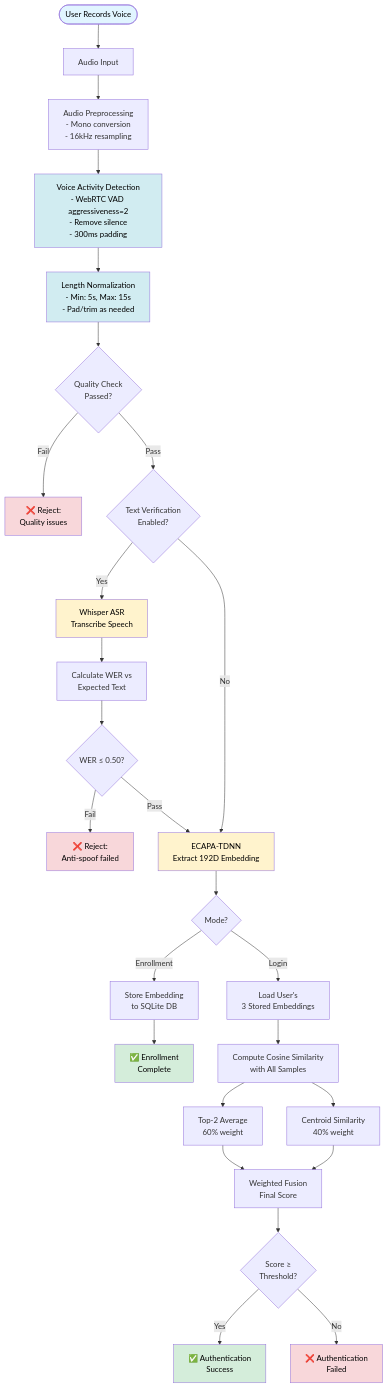
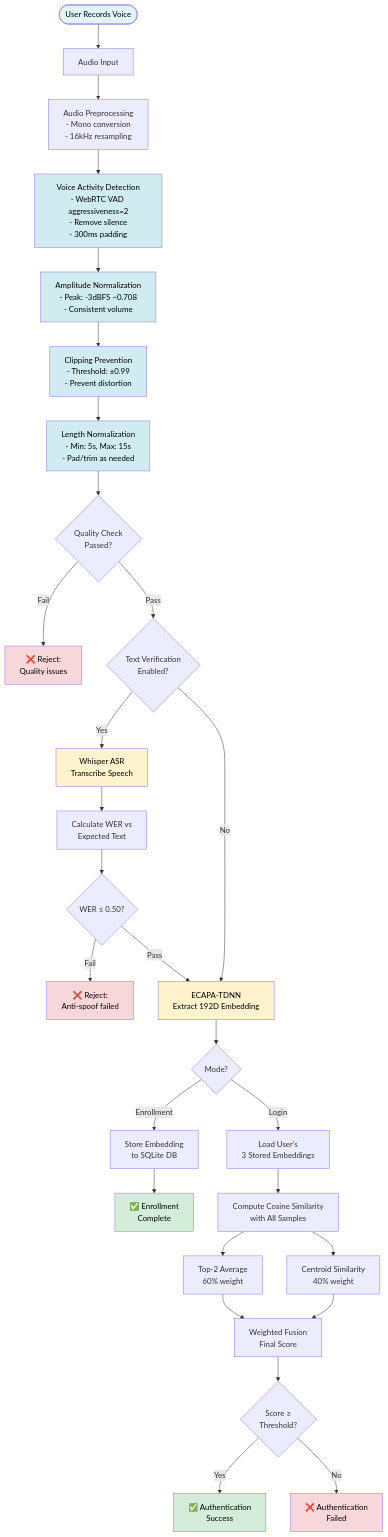
Before and after one commit to phatpham9/Voice-Login-ECAPA-TDNN: the diagram in README.md, drawn with Mermaid. The commit also changed other lines of this file and 2 other files, not shown here.

Commit message:
feat: enhance audio preprocessing with amplitude normalization and clipping prevention

````diff
--- a/README.md
+++ b/README.md
@@ -303,44 +321,48 @@
 ```mermaid
 flowchart TB
     Start([User Records Voice]) --> AudioInput[Audio Input]
     AudioInput --> Preprocessing[Audio Preprocessing<br/>- Mono conversion<br/>- 16kHz resampling]
     Preprocessing --> VAD[Voice Activity Detection<br/>- WebRTC VAD aggressiveness=2<br/>- Remove silence<br/>- 300ms padding]
-    VAD --> LengthNorm[Length Normalization<br/>- Min: 5s, Max: 15s<br/>- Pad/trim as needed]
+    VAD --> AmpNorm[Amplitude Normalization<br/>- Peak: -3dBFS ~0.708<br/>- Consistent volume]
+    AmpNorm --> Clipping[Clipping Prevention<br/>- Threshold: ±0.99<br/>- Prevent distortion]
+    Clipping --> LengthNorm[Length Normalization<br/>- Min: 5s, Max: 15s<br/>- Pad/trim as needed]
     LengthNorm --> QualityCheck{Quality Check<br/>Passed?}
     QualityCheck -->|Fail| Reject1[❌ Reject:<br/>Quality issues]
     QualityCheck -->|Pass| TextVerify{Text Verification<br/>Enabled?}
     
     TextVerify -->|Yes| Whisper[Whisper ASR<br/>Transcribe Speech]
     Whisper --> WERCalc[Calculate WER vs<br/>Expected Text]
     WERCalc --> WERCheck{WER ≤ 0.50?}
     WERCheck -->|Fail| Reject2[❌ Reject:<br/>Anti-spoof failed]
     WERCheck -->|Pass| ECAPA[ECAPA-TDNN<br/>Extract 192D Embedding]
     
     TextVerify -->|No| ECAPA
     
     ECAPA --> Mode{Mode?}
     
     Mode -->|Enrollment| Store[Store Embedding<br/>to SQLite DB]
     Store --> Success1[✅ Enrollment<br/>Complete]
     
     Mode -->|Login| LoadDB[Load User's<br/>3 Stored Embeddings]
     LoadDB --> CompareAll[Compute Cosine Similarity<br/>with All Samples]
     CompareAll --> TopK[Top-2 Average<br/>60% weight]
     CompareAll --> Centroid[Centroid Similarity<br/>40% weight]
     TopK --> Fusion[Weighted Fusion<br/>Final Score]
     Centroid --> Fusion
     Fusion --> ThresholdCheck{Score ≥<br/>Threshold?}
     ThresholdCheck -->|Yes| Success2[✅ Authentication<br/>Success]
     ThresholdCheck -->|No| Reject3[❌ Authentication<br/>Failed]
     
     style Start fill:#e1f5ff,color:#000
     style Success1 fill:#d4edda,color:#000
     style Success2 fill:#d4edda,color:#000
     style Reject1 fill:#f8d7da,color:#000
     style Reject2 fill:#f8d7da,color:#000
     style Reject3 fill:#f8d7da,color:#000
     style Whisper fill:#fff3cd,color:#000
     style ECAPA fill:#fff3cd,color:#000
     style VAD fill:#d1ecf1,color:#000
+    style AmpNorm fill:#d1ecf1,color:#000
+    style Clipping fill:#d1ecf1,color:#000
     style LengthNorm fill:#d1ecf1,color:#000
 ```
````
